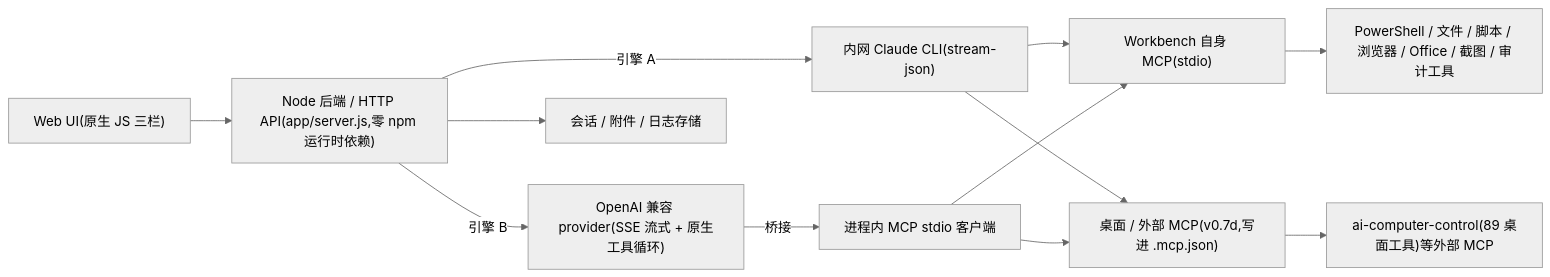
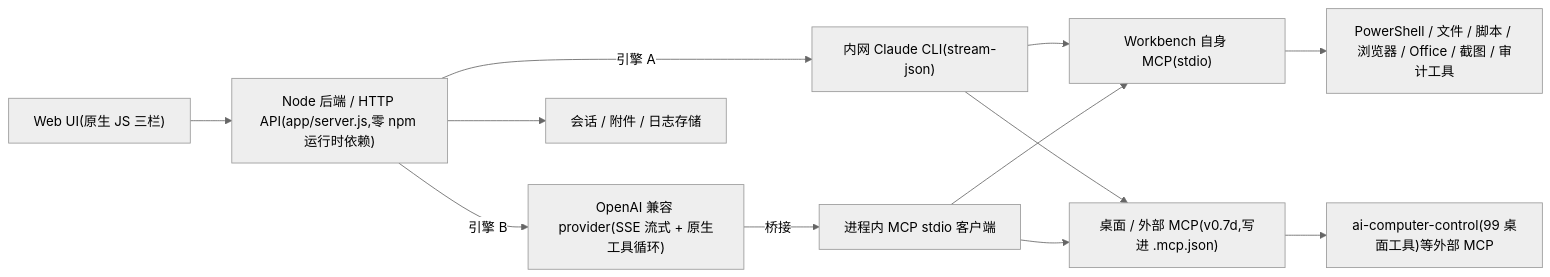
Before and after one commit to wangzhe04/ruyi-workbench-oss: the diagram in ruyi-workbench/docs/ARCHITECTURE_CN.md, drawn with Mermaid (neutral theme). The commit also changed other lines of this file and 1 other file, not shown here.

````diff
--- a/ruyi-workbench/docs/ARCHITECTURE_CN.md
+++ b/ruyi-workbench/docs/ARCHITECTURE_CN.md
@@ -9,14 +9,14 @@
 ```mermaid
 flowchart LR
   UI["Web UI(原生 JS 三栏)"] --> API["Node 后端 / HTTP API(app/server.js,零 npm 运行时依赖)"]
   API -->|引擎 A| CLI["内网 Claude CLI(stream-json)"]
   API -->|引擎 B| PROV["OpenAI 兼容 provider(SSE 流式 + 原生工具循环)"]
   API --> FS["会话 / 附件 / 日志存储"]
   CLI --> MCPself["Workbench 自身 MCP(stdio)"]
   CLI --> MCPext["桌面 / 外部 MCP(v0.7d,写进 .mcp.json)"]
   PROV -->|桥接| BRIDGE["进程内 MCP stdio 客户端"]
   BRIDGE --> MCPself
   BRIDGE --> MCPext
   MCPself --> Tools["PowerShell / 文件 / 脚本 / 浏览器 / Office / 截图 / 审计工具"]
-  MCPext --> ACC["ai-computer-control(89 桌面工具)等外部 MCP"]
+  MCPext --> ACC["ai-computer-control(99 桌面工具)等外部 MCP"]
 ```
````
